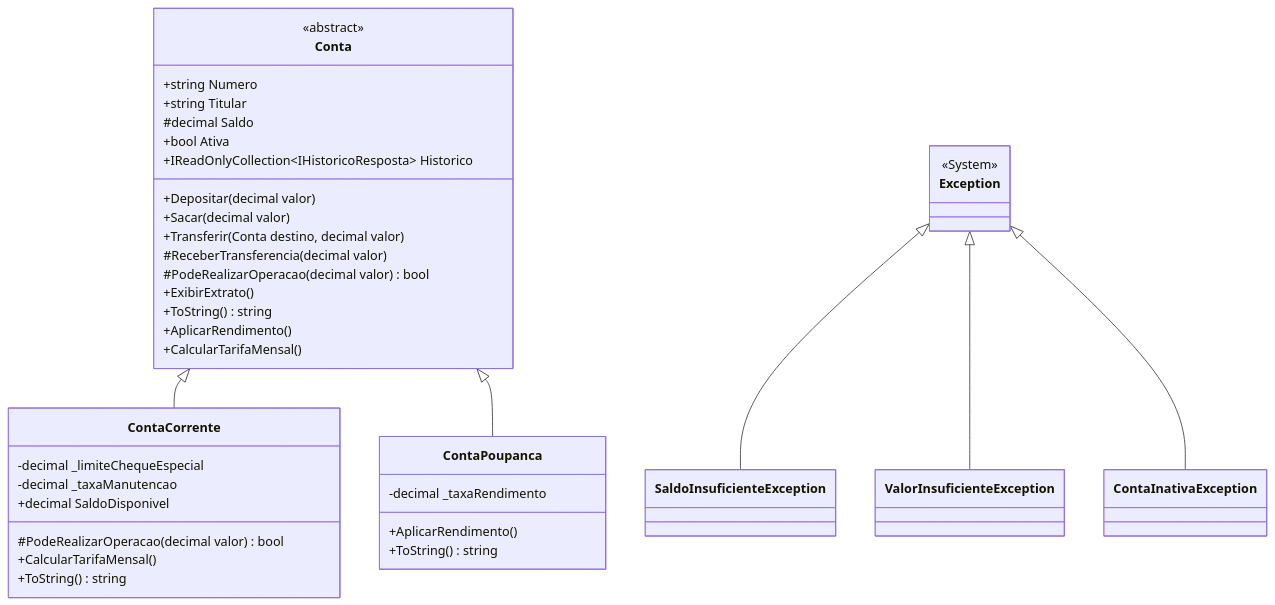
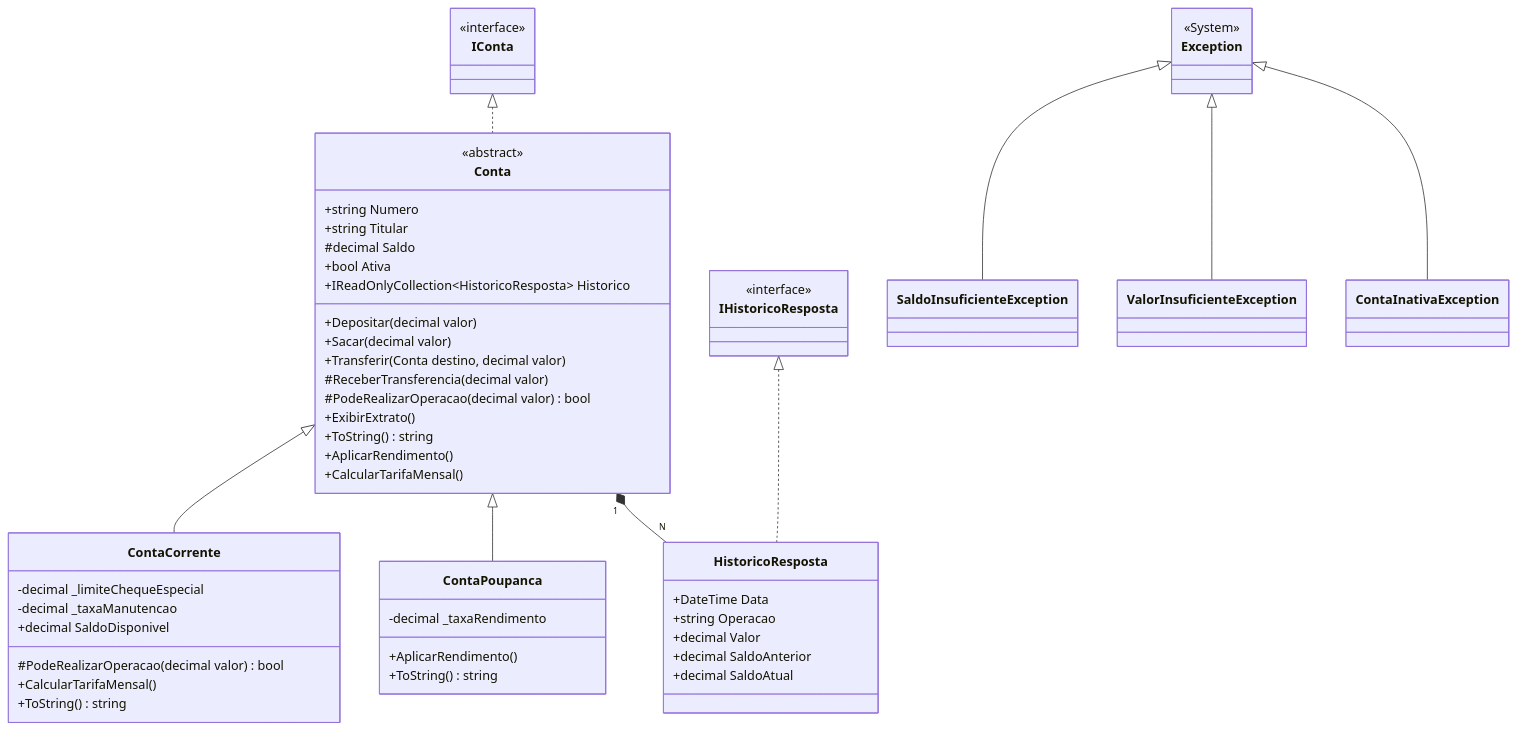
One commit to kenzofrias/ProjetoBanco changed the first of 4 diagrams in README.md. Above: the diagram before and after it, drawn with Mermaid. The commit also changed other lines of this file, not shown here.

````diff
--- a/README.md
+++ b/README.md
@@ -52,50 +74,66 @@
 ```mermaid
 classDiagram
+    class IConta { <<interface>> }
+
     class Conta {
         <<abstract>>
         +string Numero
         +string Titular
         #decimal Saldo
         +bool Ativa
-        +IReadOnlyCollection~IHistoricoResposta~ Historico
+        +IReadOnlyCollection~HistoricoResposta~ Historico
         +Depositar(decimal valor)
         +Sacar(decimal valor)
         +Transferir(Conta destino, decimal valor)
         #ReceberTransferencia(decimal valor)
         #PodeRealizarOperacao(decimal valor) bool
         +ExibirExtrato()
         +ToString() string
         +AplicarRendimento()
         +CalcularTarifaMensal()
     }
 
     class ContaCorrente {
         -decimal _limiteChequeEspecial
         -decimal _taxaManutencao
         +decimal SaldoDisponivel
         #PodeRealizarOperacao(decimal valor) bool
         +CalcularTarifaMensal()
         +ToString() string
     }
 
     class ContaPoupanca {
         -decimal _taxaRendimento
         +AplicarRendimento()
         +ToString() string
     }
 
+    class IHistoricoResposta { <<interface>> }
+
+    class HistoricoResposta {
+        +DateTime Data
+        +string Operacao
+        +decimal Valor
+        +decimal SaldoAnterior
+        +decimal SaldoAtual
+    }
+
     class Exception {
         <<System>>
     }
 
     class SaldoInsuficienteException
     class ValorInsuficienteException
     class ContaInativaException
 
+    IConta <|.. Conta
     Conta <|-- ContaCorrente
     Conta <|-- ContaPoupanca
+
+    IHistoricoResposta <|.. HistoricoResposta
+    Conta "1" *-- "N" HistoricoResposta
     
     Exception <|-- SaldoInsuficienteException
     Exception <|-- ValorInsuficienteException
     Exception <|-- ContaInativaException
 ```
````
